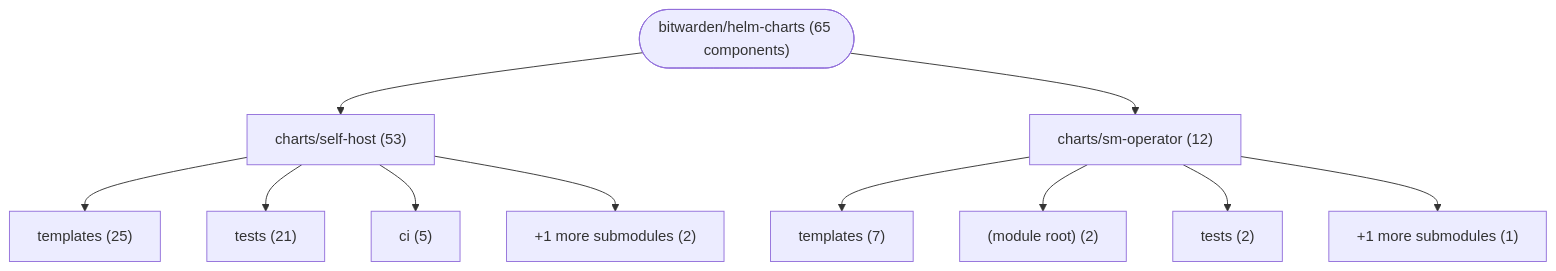
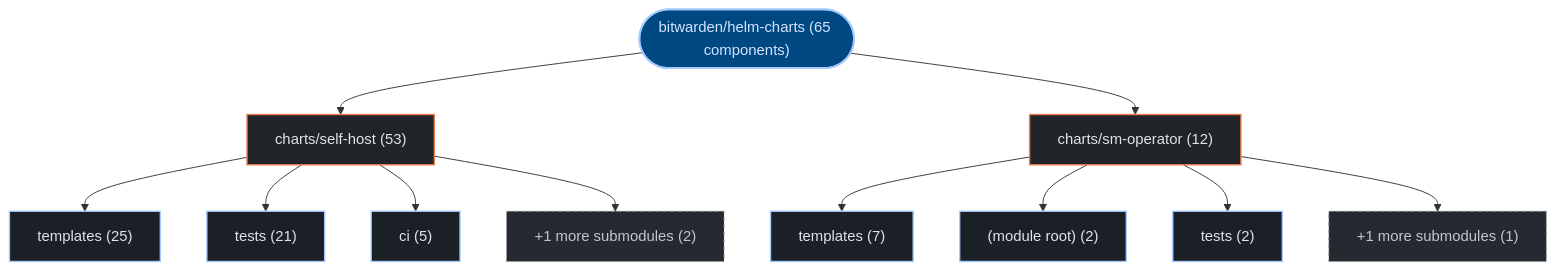
The first of 3 diagrams in exports/latest/reports/bitwarden-helm-charts-report.md (kumarshaz/atruss-code-atlas), drawn with Mermaid before and after one commit. The commit also changed other lines of this file and 331 other files, not shown here.

Commit message:
docs,ui,fix: update SDLC docs, reorder CI/CD DAG first, stylize Mermaid, and fix Arc42 pipeline topology

````diff
--- a/exports/latest/reports/bitwarden-helm-charts-report.md
+++ b/exports/latest/reports/bitwarden-helm-charts-report.md
@@ -42,24 +42,31 @@
 ```mermaid
 graph TD;
-    repo_root(["bitwarden/helm-charts (65 components)"])
-    dir_0_charts_self_host["charts/self-host (53)"]
+  classDef atlasRoot fill:#004882,stroke:#a3c9ff,stroke-width:2px,color:#d3e4ff
+  classDef atlasCategory fill:#212428,stroke:#E87A48,stroke-width:1.5px,color:#dfe3eb
+  classDef atlasWorkflow fill:#1b2026,stroke:#a3c9ff,stroke-width:1.5px,color:#dfe3eb
+  classDef atlasJob fill:#171c22,stroke:#8d9199,stroke-width:1px,color:#dfe3eb
+  classDef atlasTarget fill:#005227,stroke:#8bd99b,stroke-width:1.5px,color:#a7f6b6
+  classDef atlasAlert fill:#93000a,stroke:#ffb4ab,stroke-width:1.5px,color:#ffdad6
+  classDef atlasMore fill:#252a31,stroke:#8d9199,stroke-dasharray:4 4,color:#c3c6cf
+    repo_root(["bitwarden/helm-charts (65 components)"]):::atlasRoot
+    dir_0_charts_self_host["charts/self-host (53)"]:::atlasCategory
     repo_root --> dir_0_charts_self_host
-    sub_0_0_templates["templates (25)"]
+    sub_0_0_templates["templates (25)"]:::atlasWorkflow
     dir_0_charts_self_host --> sub_0_0_templates
-    sub_0_1_tests["tests (21)"]
+    sub_0_1_tests["tests (21)"]:::atlasWorkflow
     dir_0_charts_self_host --> sub_0_1_tests
-    sub_0_2_ci["ci (5)"]
+    sub_0_2_ci["ci (5)"]:::atlasWorkflow
     dir_0_charts_self_host --> sub_0_2_ci
-    sub_0_more["+1 more submodules (2)"]
+    sub_0_more["+1 more submodules (2)"]:::atlasMore
     dir_0_charts_self_host --> sub_0_more
-    dir_1_charts_sm_operator["charts/sm-operator (12)"]
+    dir_1_charts_sm_operator["charts/sm-operator (12)"]:::atlasCategory
     repo_root --> dir_1_charts_sm_operator
-    sub_1_0_templates["templates (7)"]
+    sub_1_0_templates["templates (7)"]:::atlasWorkflow
     dir_1_charts_sm_operator --> sub_1_0_templates
-    sub_1_1__module_root_["(module root) (2)"]
+    sub_1_1__module_root_["(module root) (2)"]:::atlasWorkflow
     dir_1_charts_sm_operator --> sub_1_1__module_root_
-    sub_1_2_tests["tests (2)"]
+    sub_1_2_tests["tests (2)"]:::atlasWorkflow
     dir_1_charts_sm_operator --> sub_1_2_tests
-    sub_1_more["+1 more submodules (1)"]
+    sub_1_more["+1 more submodules (1)"]:::atlasMore
     dir_1_charts_sm_operator --> sub_1_more
 ```
````
